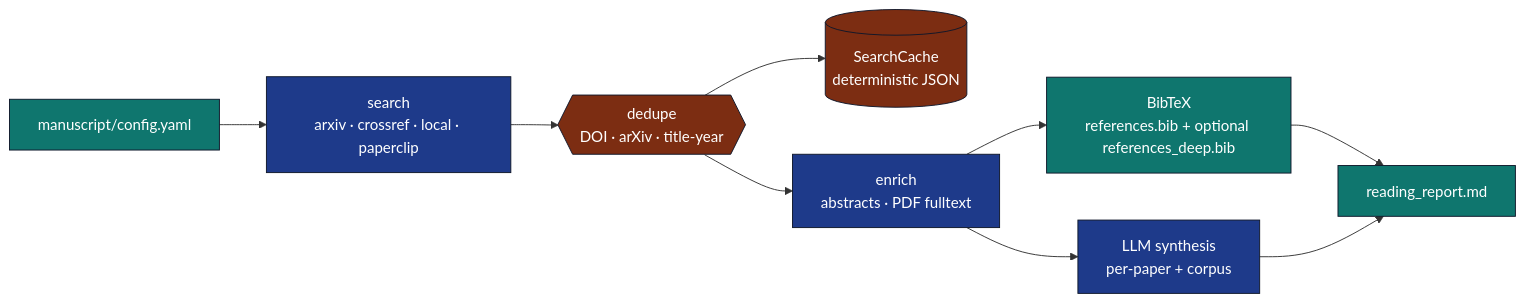
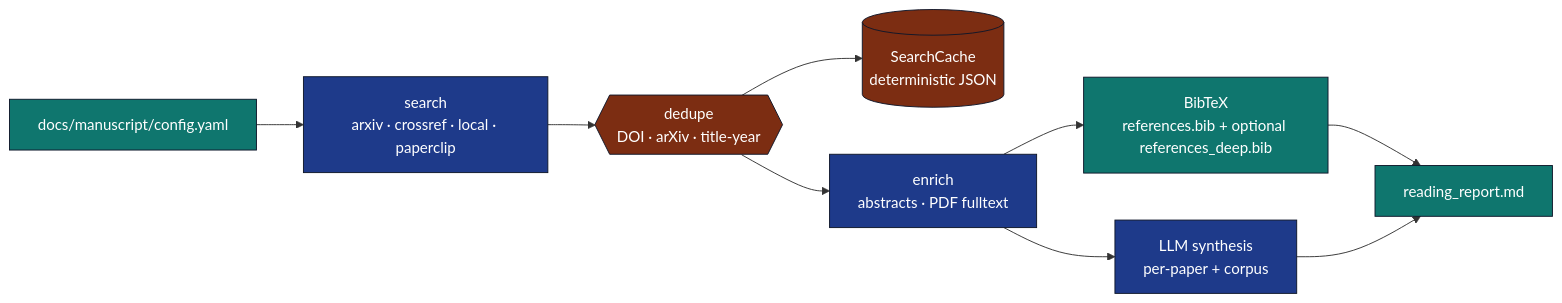
Before and after one commit to docxology/template: the first of 2 diagrams in projects/templates/template_search_project/README.md, drawn with Mermaid. The commit also changed other lines of this file and 1584 other files, not shown here.

````diff
--- a/projects/templates/template_search_project/README.md
+++ b/projects/templates/template_search_project/README.md
@@ -62,18 +62,18 @@
 ```mermaid
 flowchart LR
-    CFG[manuscript/config.yaml] --> SEARCH[search<br/>arxiv · crossref · local · paperclip]
+    CFG[docs/manuscript/config.yaml] --> SEARCH[search<br/>arxiv · crossref · local · paperclip]
     SEARCH --> DEDUP{{dedupe<br/>DOI · arXiv · title-year}}
     DEDUP --> CACHE[(SearchCache<br/>deterministic JSON)]
     DEDUP --> ENRICH[enrich<br/>abstracts · PDF fulltext]
     ENRICH --> BIB[BibTeX<br/>references.bib + optional references_deep.bib]
     ENRICH --> LLM[LLM synthesis<br/>per-paper + corpus]
     BIB --> REPORT[reading_report.md]
     LLM --> REPORT
 
     classDef io fill:#0f766e,stroke:#0f172a,color:#fff
     classDef proc fill:#1e3a8a,stroke:#0f172a,color:#fff
     classDef store fill:#7c2d12,stroke:#0f172a,color:#fff
     class CFG,BIB,REPORT io
     class SEARCH,ENRICH,LLM proc
     class CACHE,DEDUP store
 ```
````
